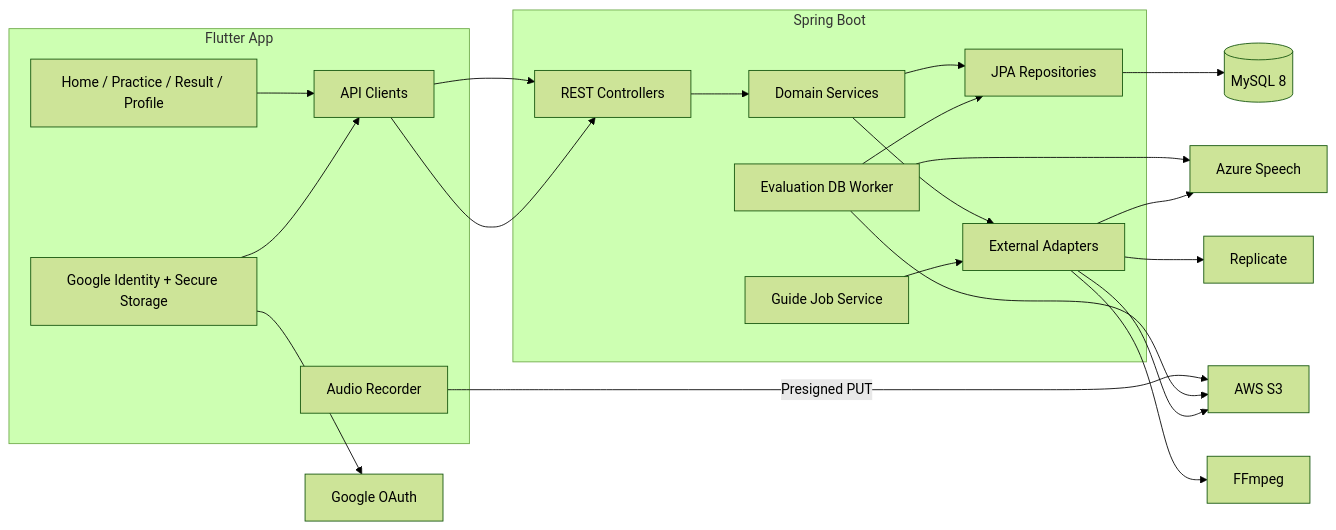
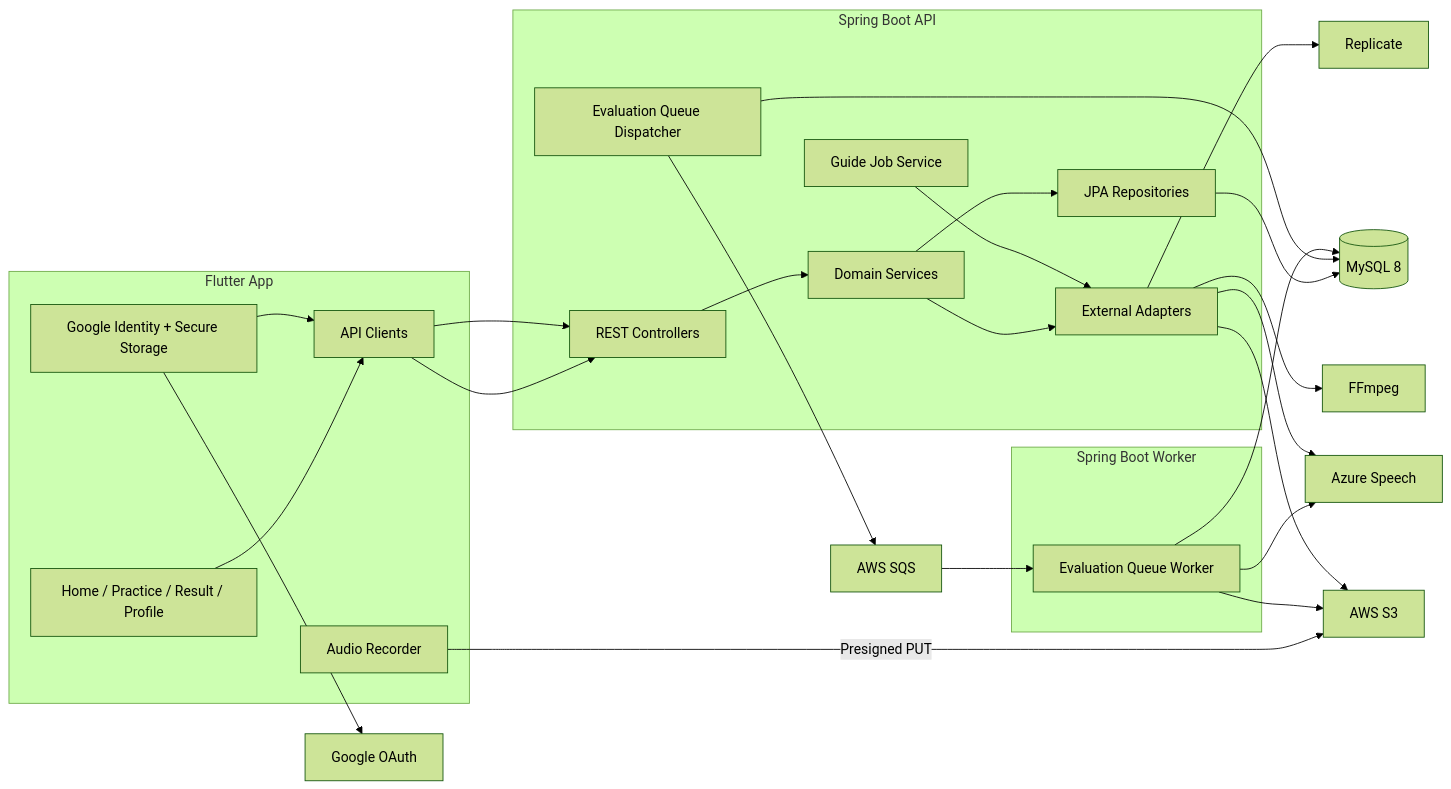
One commit to byeok99/LingKo changed the diagram in docs/architecture/system-architecture.md. Above: the diagram before and after it, drawn with Mermaid (forest theme). The commit also changed other lines of this file and 54 other files, not shown here.

Commit message:
feat: add SQS evaluation workers

````diff
--- a/docs/architecture/system-architecture.md
+++ b/docs/architecture/system-architecture.md
@@ -5,40 +5,48 @@
 ```mermaid
 flowchart LR
     subgraph Mobile[Flutter App]
       UI[Home / Practice / Result / Profile]
       API[API Clients]
       AUTH[Google Identity + Secure Storage]
       REC[Audio Recorder]
     end
 
-    subgraph Backend[Spring Boot]
+    subgraph APIBackend[Spring Boot API]
       CTRL[REST Controllers]
       DOM[Domain Services]
       JPA[JPA Repositories]
-      EJOB[Evaluation DB Worker]
+      DISP[Evaluation Queue Dispatcher]
       JOB[Guide Job Service]
       EXT[External Adapters]
     end
 
+    subgraph WorkerBackend[Spring Boot Worker]
+      EJOB[Evaluation Queue Worker]
+    end
+
     DB[(MySQL 8)]
+    SQS[AWS SQS]
     GOOGLE[Google OAuth]
     AZURE[Azure Speech]
     REP[Replicate]
     S3[AWS S3]
     FFMPEG[FFmpeg]
 
     UI --> API --> CTRL --> DOM --> JPA --> DB
     AUTH --> GOOGLE
     AUTH --> API
     REC -->|Presigned PUT| S3
     API --> CTRL
-    EJOB --> JPA
+    DISP --> DB
+    DISP --> SQS
+    SQS --> EJOB
+    EJOB --> DB
     EJOB --> S3
     EJOB --> AZURE
     DOM --> EXT
     JOB --> EXT
     EXT --> AZURE
     EXT --> REP
     EXT --> S3
     EXT --> FFMPEG
 ```
````
